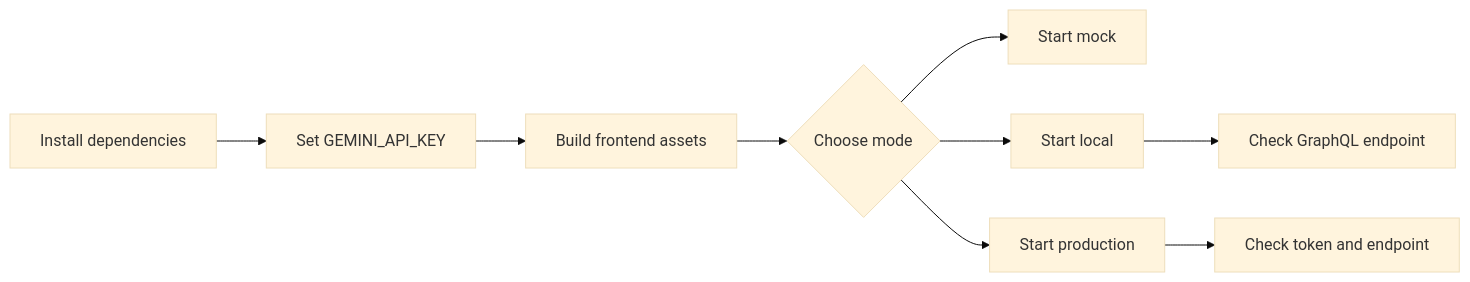
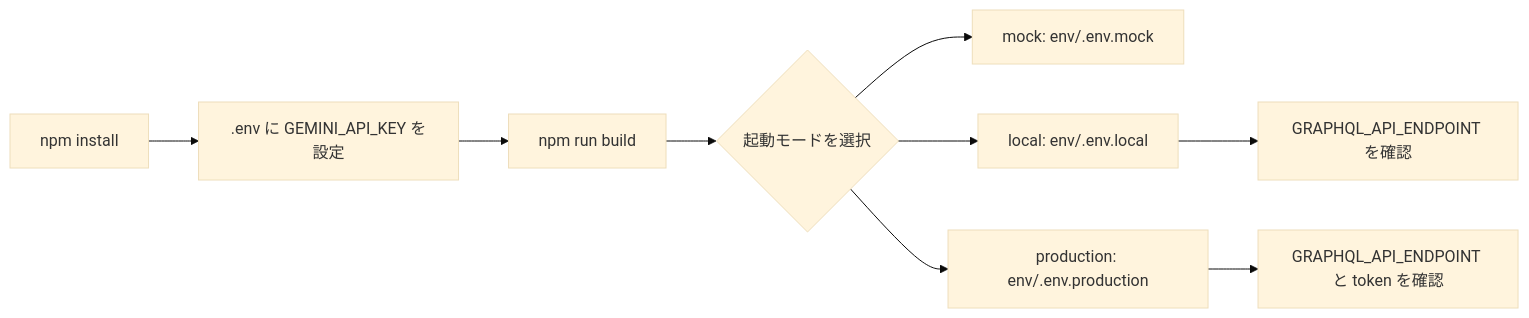
One commit to kazuki-0724/mcp-ec-front changed the diagram in doc/01_getting_started/README.md. Above: the diagram before and after it, drawn with Mermaid (base theme). The commit also changed other lines of this file and 15 other files, not shown here.

````diff
--- a/doc/01_getting_started/README.md
+++ b/doc/01_getting_started/README.md
@@ -7,11 +7,11 @@
 ```mermaid
 flowchart LR
-	A[Install dependencies] --> B[Set GEMINI_API_KEY]
-	B --> C[Build frontend assets]
-	C --> D{Choose mode}
-	D --> E[Start mock]
-	D --> F[Start local]
-	D --> G[Start production]
-	F --> H[Check GraphQL endpoint]
-	G --> I[Check token and endpoint]
+  A[npm install] --> B[.env に GEMINI_API_KEY を設定]
+  B --> C[npm run build]
+  C --> D{起動モードを選択}
+  D --> E[mock: env/.env.mock]
+  D --> F[local: env/.env.local]
+  D --> G[production: env/.env.production]
+  F --> H[GRAPHQL_API_ENDPOINT を確認]
+  G --> I[GRAPHQL_API_ENDPOINT と token を確認]
 ```
````
